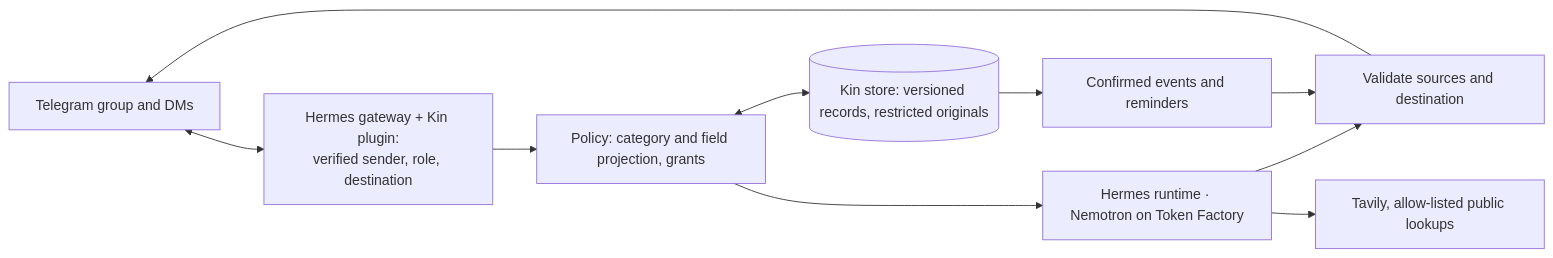
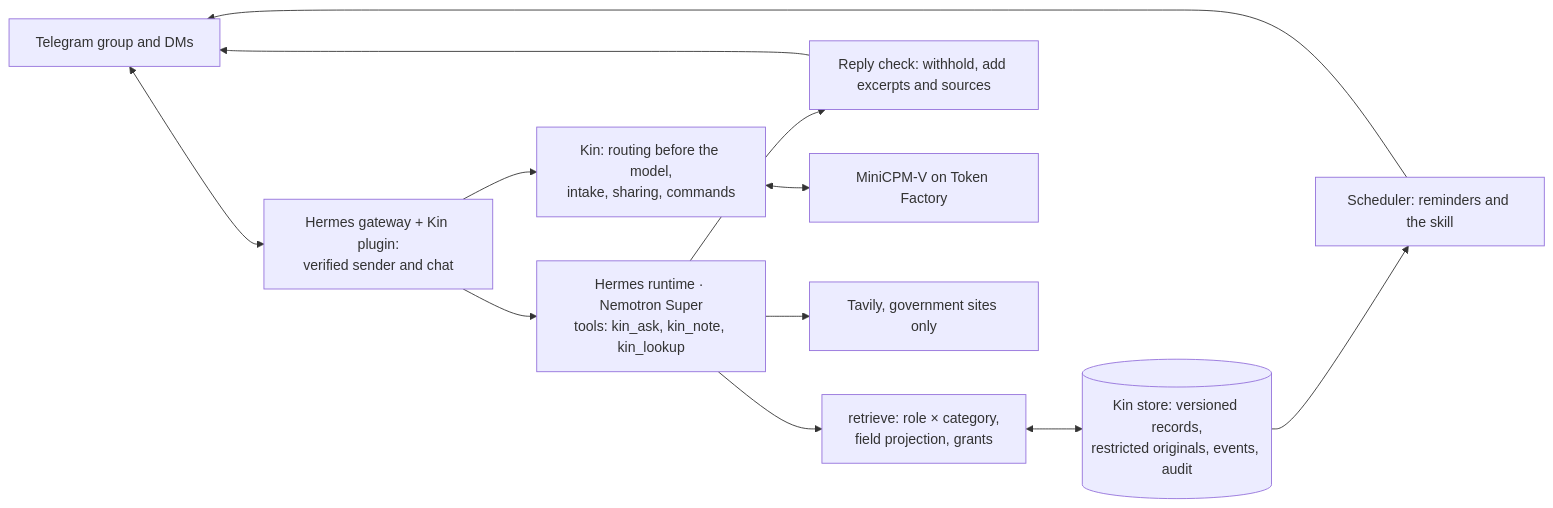
The diagram in README.md (wenhao7/kin), drawn with Mermaid before and after one commit. The commit also changed other lines of this file and 5 other files, not shown here.

````diff
--- a/README.md
+++ b/README.md
@@ -39,12 +59,14 @@
 ```mermaid
 flowchart LR
-    TG[Telegram group and DMs] <--> GW[Hermes gateway + Kin plugin:<br/>verified sender, role, destination]
-    GW --> PE[Policy: category and field projection, grants]
-    PE <--> MEM[(Kin store: versioned records, restricted originals)]
-    PE --> AG[Hermes runtime · Nemotron on Token Factory]
-    AG --> OUT[Validate sources and destination]
+    TG[Telegram group and DMs] <--> GW[Hermes gateway + Kin plugin:<br/>verified sender and chat]
+    GW --> IN[Kin: routing before the model,<br/>intake, sharing, commands]
+    GW --> AG[Hermes runtime · Nemotron Super<br/>tools: kin_ask, kin_note, kin_lookup]
+    AG --> RET[retrieve: role × category,<br/>field projection, grants]
+    RET <--> DB[(Kin store: versioned records,<br/>restricted originals, events, audit)]
+    AG --> OUT[Reply check: withhold, add excerpts and sources]
     OUT --> TG
-    MEM --> EV[Confirmed events and reminders]
-    EV --> OUT
-    AG --> TV[Tavily, allow-listed public lookups]
+    IN <--> VX[MiniCPM-V on Token Factory]
+    DB --> EV[Scheduler: reminders and the skill]
+    EV --> TG
+    AG --> TV[Tavily, government sites only]
 ```
````
